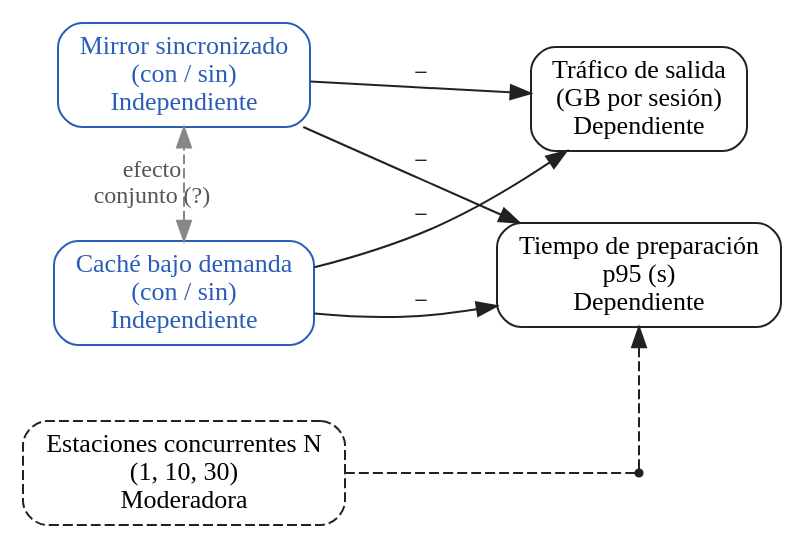
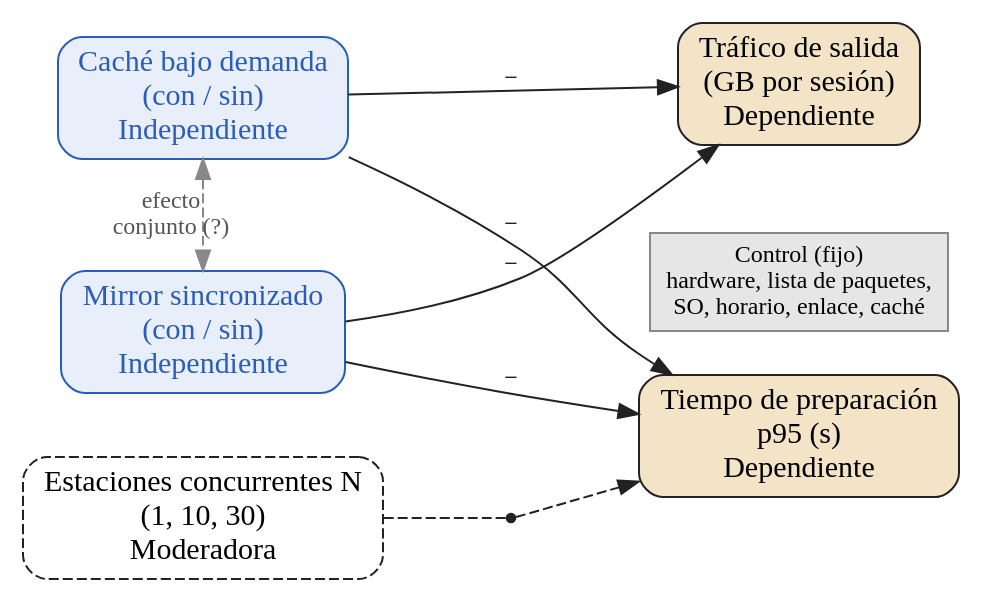
One commit to jhamer0709/infraestructura-lab-unajma changed the diagram in paper/figuras/fig1-modelo.dot. Above: the diagram before and after it, drawn with Graphviz. The commit also changed 5 other files, not shown here.

```diff
--- a/paper/figuras/fig1-modelo.dot
+++ b/paper/figuras/fig1-modelo.dot
@@ -1,17 +1,20 @@
 digraph G {
-  rankdir=LR; nodesep=0.35; ranksep=0.9; bgcolor="white";
-  node [shape=box, style="rounded", fontname="Liberation Serif", fontsize=13, margin="0.12,0.07", color="#222222"];
+  rankdir=LR; nodesep=0.3; ranksep=0.8; bgcolor="white";
+  node [shape=box, style="rounded", fontname="Liberation Serif", fontsize=15, margin="0.12,0.07", color="#222222"];
   edge [fontname="Liberation Serif", fontsize=12, color="#222222"];
-  A [label="Caché bajo demanda\n(con / sin)\nIndependiente", color="#2b5db8", fontcolor="#2b5db8"];
-  B [label="Mirror sincronizado\n(con / sin)\nIndependiente", color="#2b5db8", fontcolor="#2b5db8"];
-  T [label="Tiempo de preparación\np95 (s)\nDependiente"];
-  G [label="Tráfico de salida\n(GB por sesión)\nDependiente"];
-  M [label="Estaciones concurrentes N\n(1, 10, 30)\nModeradora", shape=box, style="rounded,dashed"];
-  X [shape=point, width=0.05, label=""];
+  A [label="Caché bajo demanda\n(con / sin)\nIndependiente", color="#2b5db8", fontcolor="#2b5db8", style="rounded,filled", fillcolor="#e8effa"];
+  B [label="Mirror sincronizado\n(con / sin)\nIndependiente", color="#2b5db8", fontcolor="#2b5db8", style="rounded,filled", fillcolor="#e8effa"];
+  T [label="Tiempo de preparación\np95 (s)\nDependiente", style="rounded,filled", fillcolor="#f3e3c7"];
+  G [label="Tráfico de salida\n(GB por sesión)\nDependiente", style="rounded,filled", fillcolor="#f3e3c7"];
+  M [label="Estaciones concurrentes N\n(1, 10, 30)\nModeradora", style="rounded,dashed"];
+  K [label="Control (fijo)\nhardware, lista de paquetes,\nSO, horario, enlace, caché", style="filled", fillcolor="#e6e6e6", color="#888888", fontsize=12];
+  X [shape=point, width=0.06, label=""];
+
   A -> T [label=" −"]; A -> G [label=" −"];
   B -> T [label=" −"]; B -> G [label=" −"];
   A -> B [label=" efecto\n conjunto (?)", style=dashed, constraint=false, dir=both, color="#888888", fontcolor="#555555"];
-  M -> X [arrowhead=none, style=dashed]; X -> T [style=dashed, constraint=false];
-  {rank=same; A; B;}
-  {rank=same; T; G;}
+  M -> X [arrowhead=none, style=dashed]; X -> T [style=dashed];
+  {rank=same; A; B; M;}
+  {rank=same; T; G; K;}
+  G -> K [style=invis];
 }
```
